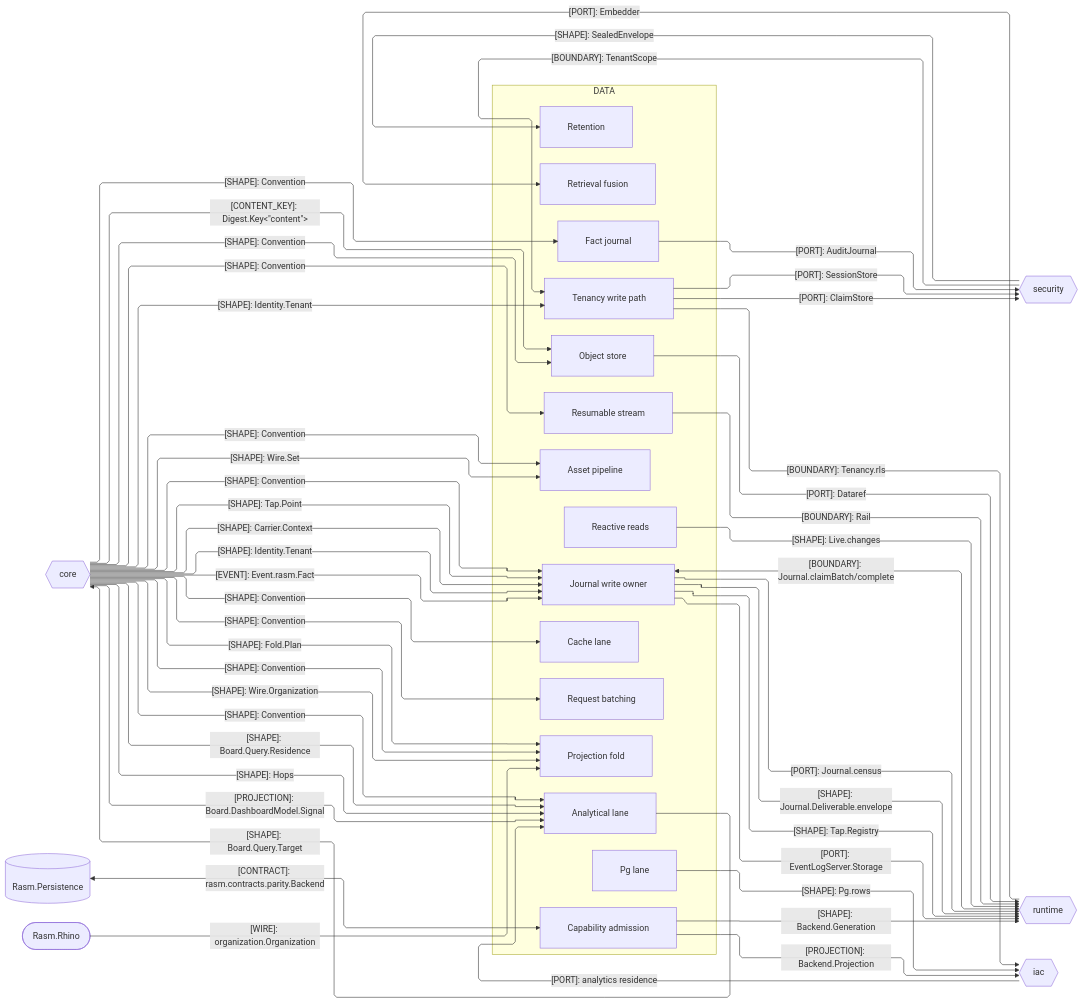
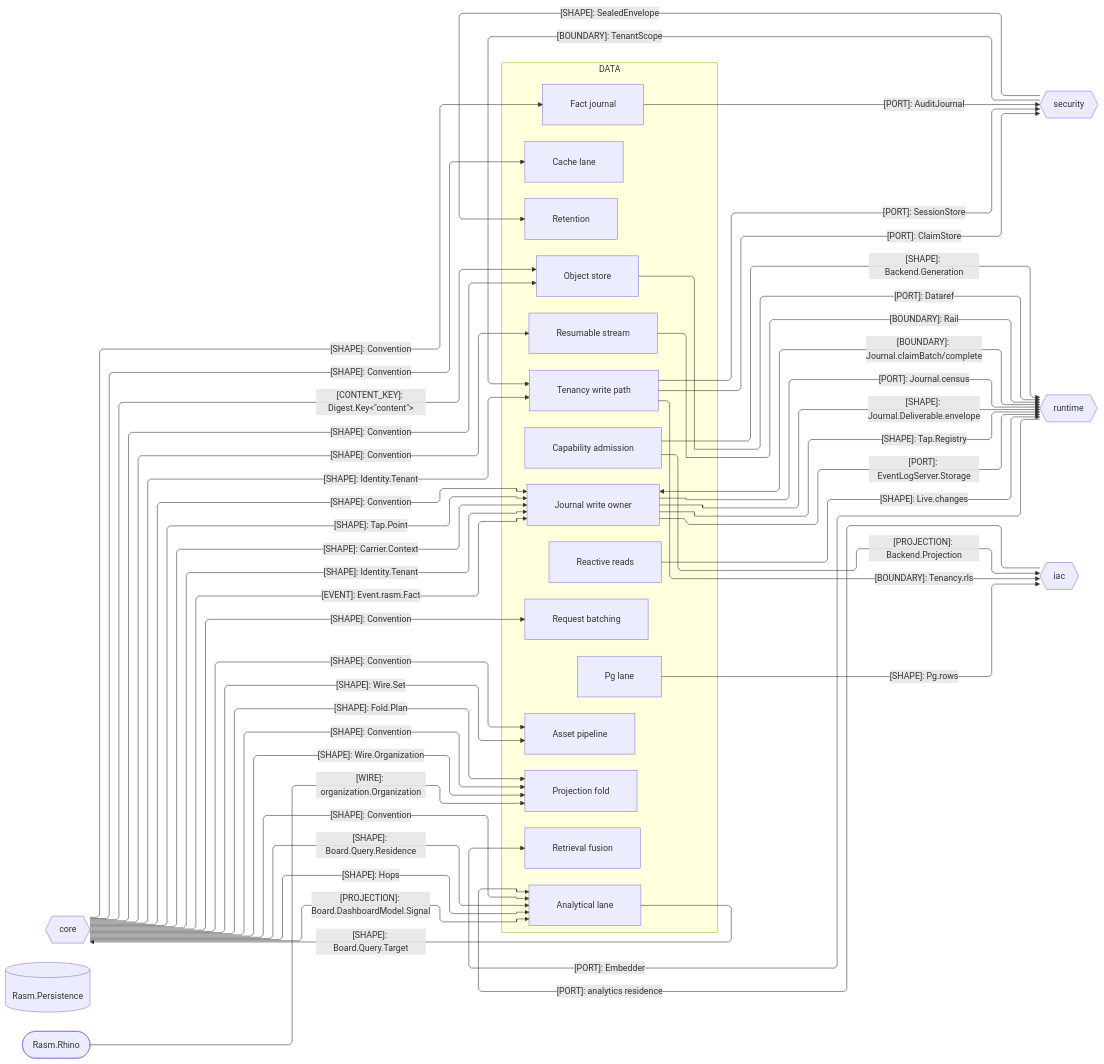
One commit to bsamiee/Rasm changed the second of 3 diagrams in libs/typescript/data/ARCHITECTURE.md. Above: the diagram before and after it, drawn with Mermaid. The commit also changed 616 other files, not shown here.

````diff
--- a/libs/typescript/data/ARCHITECTURE.md
+++ b/libs/typescript/data/ARCHITECTURE.md
@@ -109,78 +109,77 @@
 ```mermaid
 ---
 config:
   layout: elk
   flowchart:
     curve: linear
     padding: 25
 ---
 flowchart LR
     accTitle: Data package seam registry
     accDescr: Data exchanges custody, tenancy, hook, backend, and Board.Query contracts with branch peers and Rasm.Persistence, and folds the organization wire Rasm.Rhino produces.
     subgraph data[DATA]
         Fold[Projection fold]
         Store[Object store]
         Tenant[Tenancy write path]
         Retain[Retention]
         Append[Journal write owner]
         Live[Reactive reads]
         Stream[Resumable stream]
         Search[Retrieval fusion]
         Postgres[Pg lane]
         Capability[Capability admission]
         Fact[Fact journal]
         Batch[Request batching]
         Cache[Cache lane]
         Olap[Analytical lane]
         Asset[Asset pipeline]
     end
     Core{{core}}
     Security{{security}}
     Runtime{{runtime}}
     Iac{{iac}}
     Persistence[(Rasm.Persistence)]
     Rhino([Rasm.Rhino])
     Core e1@-->|"[SHAPE]: Fold.Plan"| Fold
     Core e2@-->|"[CONTENT_KEY]: Digest.Key&lt;&quot;content&quot;&gt;"| Store
     Core e3@-->|"[SHAPE]: Identity.Tenant"| Tenant
     Tenant e4@-->|"[PORT]: SessionStore"| Security
     Security e5@-->|"[BOUNDARY]: TenantScope"| Tenant
     Security e6@-->|"[SHAPE]: SealedEnvelope"| Retain
     Append e7@<-->|"[BOUNDARY]: Journal.claimBatch/complete"| Runtime
     Live e8@-->|"[SHAPE]: Live.changes"| Runtime
     Stream e9@-->|"[BOUNDARY]: Rail"| Runtime
     Runtime e10@-->|"[PORT]: Embedder"| Search
     Postgres e11@-->|"[SHAPE]: Pg.rows"| Iac
     Tenant e12@-->|"[BOUNDARY]: Tenancy.rls"| Iac
     Core e13@-->|"[SHAPE]: Convention"| Append
     Core e14@-->|"[SHAPE]: Convention"| Fold
     Append e15@-->|"[PORT]: Journal.census"| Runtime
     Tenant e16@-->|"[PORT]: ClaimStore"| Security
     Core e17@-->|"[SHAPE]: Convention"| Fact
     Core e18@-->|"[SHAPE]: Convention"| Batch
     Core e19@-->|"[SHAPE]: Convention"| Store
     Core e20@-->|"[SHAPE]: Convention"| Stream
     Core e21@-->|"[SHAPE]: Convention"| Cache
     Core e22@-->|"[SHAPE]: Convention"| Olap
     Append e23@-->|"[SHAPE]: Journal.Deliverable.envelope"| Runtime
     Core e24@-->|"[SHAPE]: Tap.Point"| Append
     Append e25@-->|"[SHAPE]: Tap.Registry"| Runtime
     Capability e26@-->|"[PROJECTION]: Backend.Projection"| Iac
     Capability e27@-->|"[SHAPE]: Backend.Generation"| Runtime
-    Persistence e28@<-->|"[CONTRACT]: rasm.contracts.parity.Backend"| Capability
     Fact e29@-->|"[PORT]: AuditJournal"| Security
     Core e30@-->|"[SHAPE]: Board.Query.Residence"| Olap
     Core e31@-->|"[SHAPE]: Hops"| Olap
     Olap e32@-->|"[SHAPE]: Board.Query.Target"| Core
     Core e33@-->|"[PROJECTION]: Board.DashboardModel.Signal"| Olap
     Iac e34@-->|"[PORT]: analytics residence"| Olap
     Core e35@-->|"[SHAPE]: Convention"| Asset
     Core e36@-->|"[SHAPE]: Wire.Set"| Asset
     Core e37@-->|"[SHAPE]: Wire.Organization"| Fold
     Core e38@-->|"[SHAPE]: Carrier.Context"| Append
     Core e39@-->|"[SHAPE]: Identity.Tenant"| Append
     Core e40@-->|"[EVENT]: Event.rasm.Fact"| Append
     Append e41@-->|"[PORT]: EventLogServer.Storage"| Runtime
     Store e42@-->|"[PORT]: Dataref"| Runtime
     Rhino e43@-->|"[WIRE]: organization.Organization"| Fold
 ```
````
